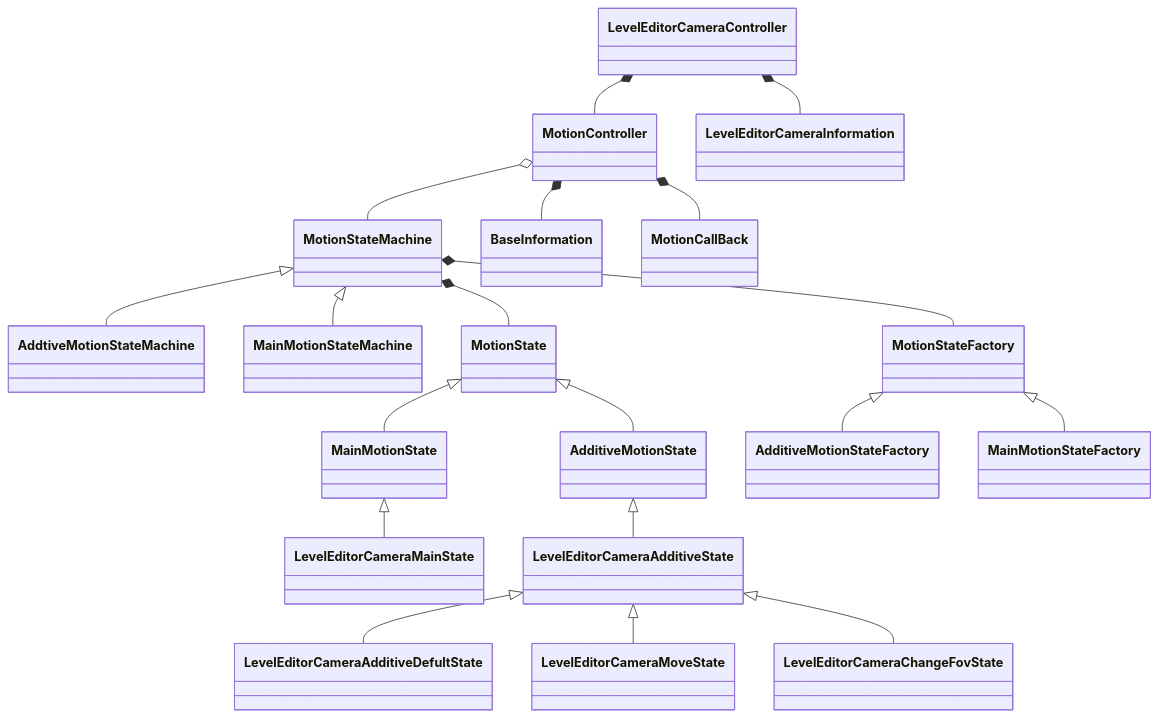
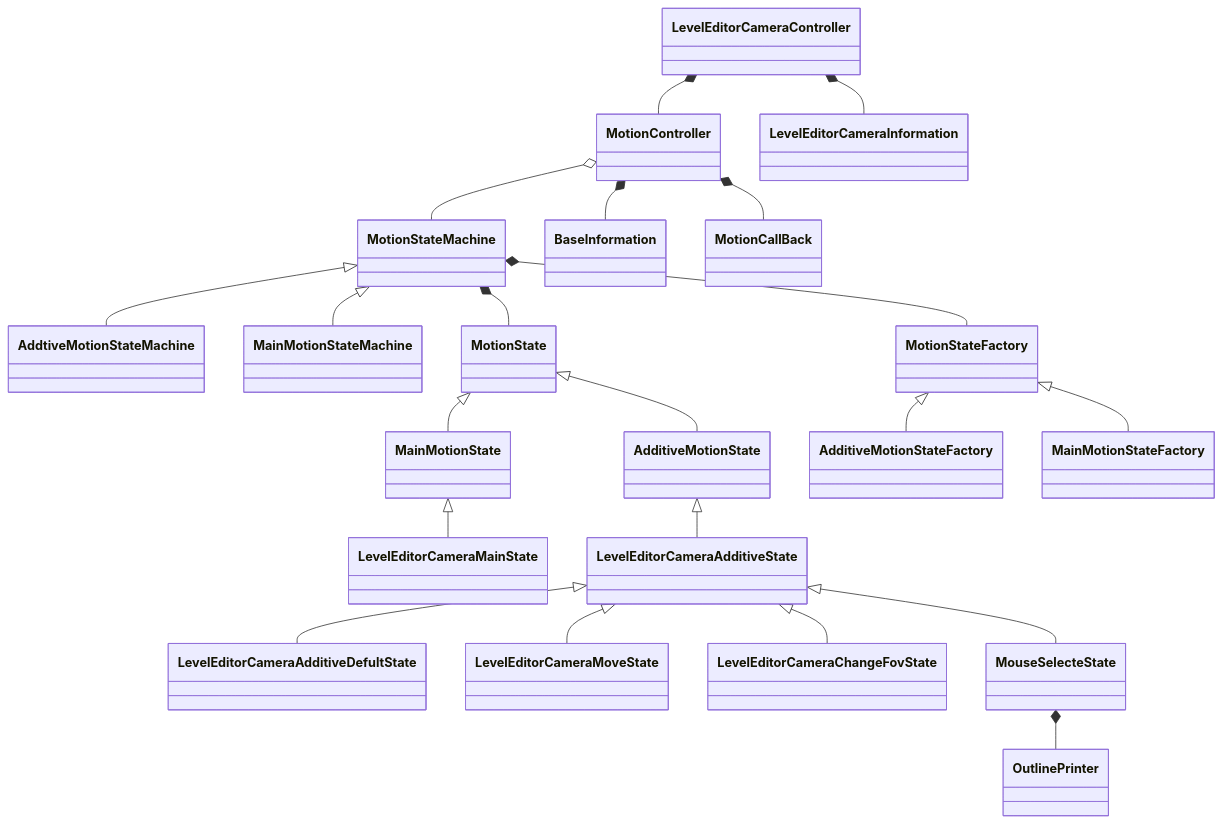
One commit to flicker-studio/RimeEditor changed the seventh of 8 diagrams in README.md. Above: the diagram before and after it, drawn with Mermaid. The commit also changed other lines of this file and 43 other files, not shown here.

Commit message:
feat: level editor's box selection (#20)

````diff
--- a/README.md
+++ b/README.md
@@ -257,21 +257,23 @@
 ```mermaid
 classDiagram
 MotionController o-- MotionStateMachine
 LevelEditorCameraController *-- MotionController
 LevelEditorCameraController *-- LevelEditorCameraInformation
 MotionController *-- BaseInformation
 MotionController *-- MotionCallBack
 MotionStateMachine <|-- AddtiveMotionStateMachine
 MotionStateMachine <|-- MainMotionStateMachine
 MotionStateMachine *-- MotionState
 MotionStateMachine *-- MotionStateFactory
 MotionState <|-- MainMotionState
 MotionState <|-- AdditiveMotionState
 MainMotionState <|-- LevelEditorCameraMainState
 AdditiveMotionState <|-- LevelEditorCameraAdditiveState
 MotionStateFactory <|-- AdditiveMotionStateFactory
 MotionStateFactory <|-- MainMotionStateFactory
 LevelEditorCameraAdditiveState <|-- LevelEditorCameraAdditiveDefultState
 LevelEditorCameraAdditiveState <|-- LevelEditorCameraMoveState
 LevelEditorCameraAdditiveState <|-- LevelEditorCameraChangeFovState
+LevelEditorCameraAdditiveState <|-- MouseSelecteState
+MouseSelecteState *-- OutlinePrinter
 ```
````
